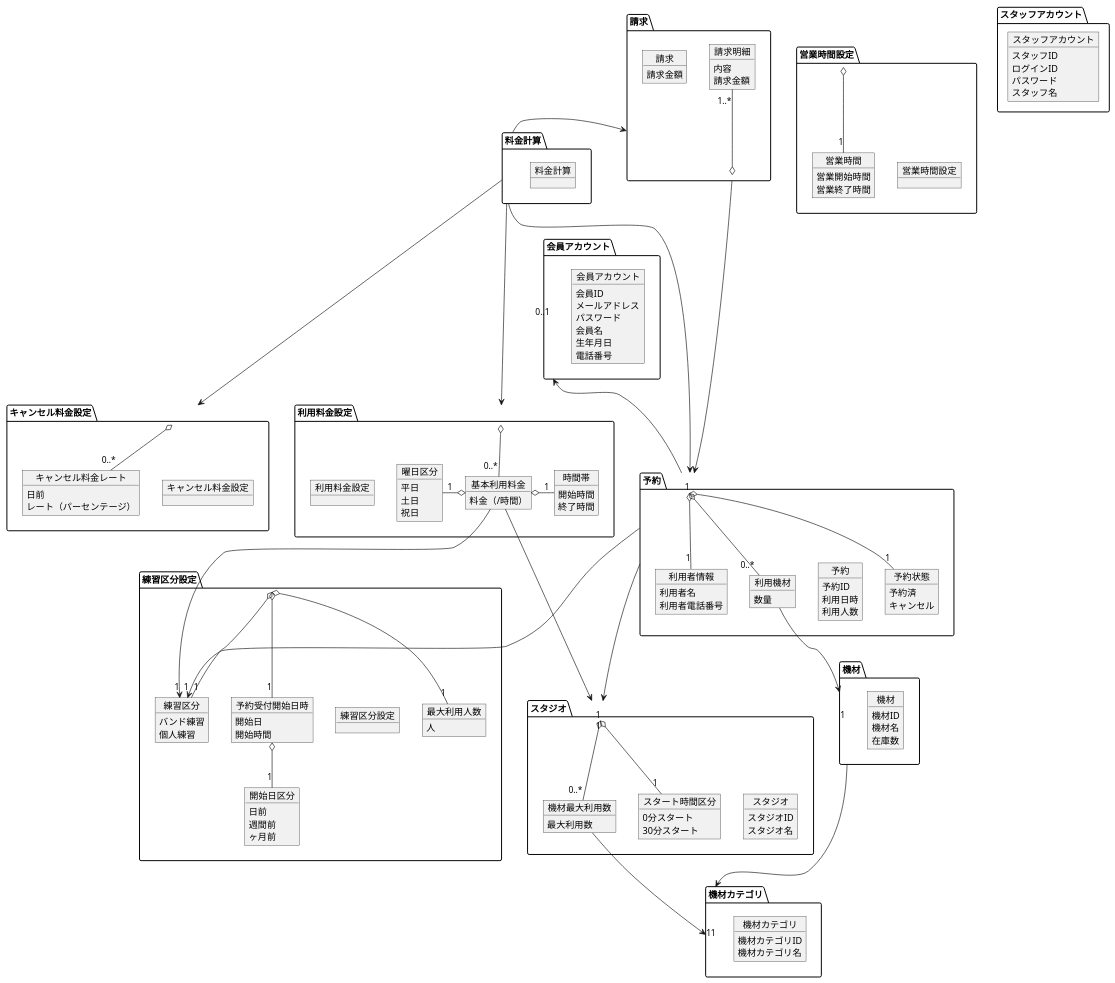
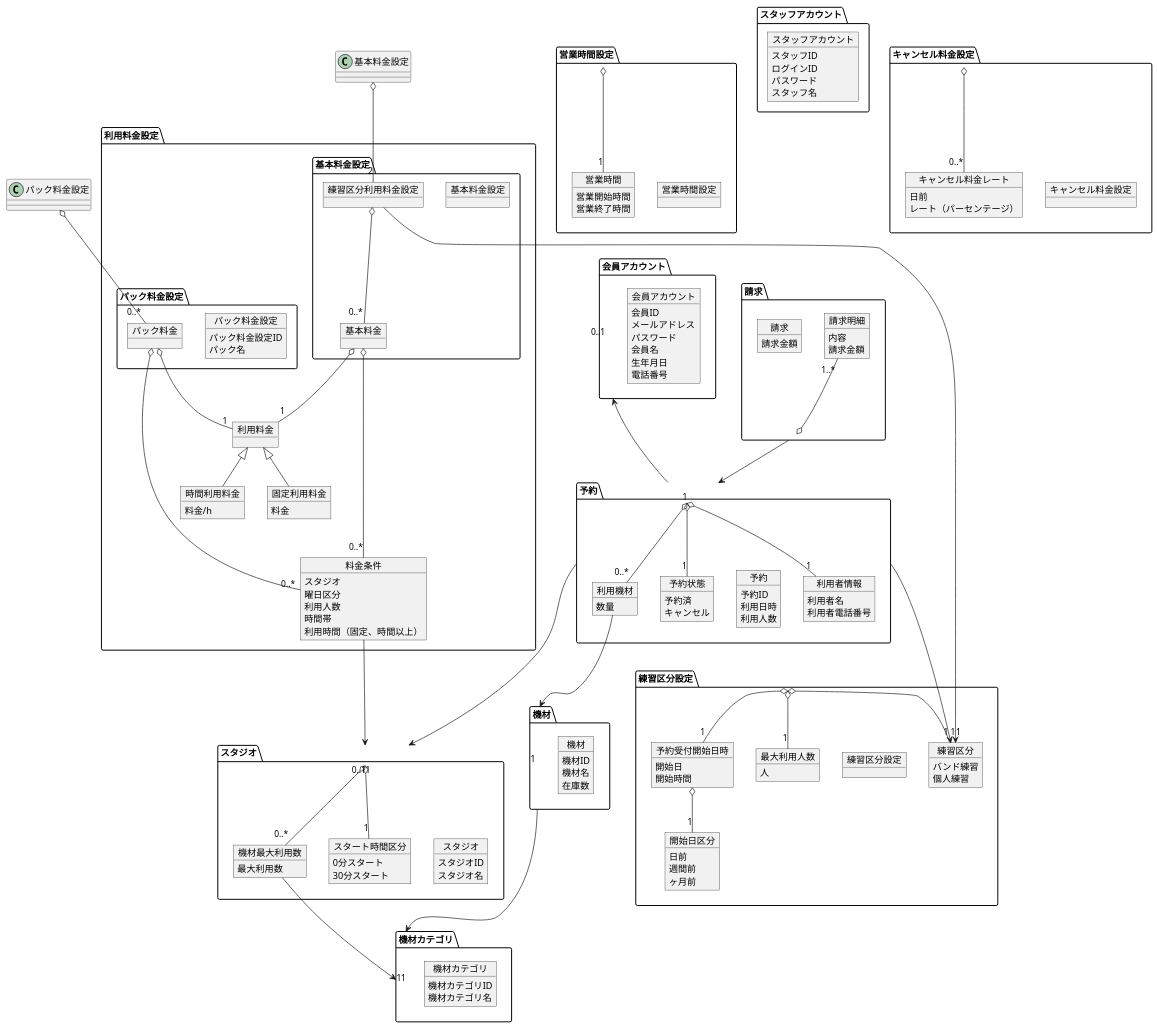
The diagram in modeling/07_DomainModel.pu (TakashiOnawa/ddd-practice-studio-reservation), drawn with PlantUML before and after one commit. The commit also changed 48 other files, not shown here.

```diff
--- a/modeling/07_DomainModel.pu
+++ b/modeling/07_DomainModel.pu
@@ -78,16 +78,6 @@
     }
 }
 
-package キャンセル料金設定 {
-    object キャンセル料金設定 {
-    }
-
-    object キャンセル料金レート {
-        日前
-        レート（パーセンテージ）
-    }
-}
-
 package 営業時間設定 {
     object 営業時間設定 {
     }
@@ -119,27 +109,54 @@
 }
 
 package 利用料金設定 {
-    object 利用料金設定 {
+    package 基本料金設定 {
+        object 基本料金設定 {
+        }
+
+        object 練習区分利用料金設定 {
+        }
+
+        object 基本料金 {
+        }
     }
 
-    object 基本利用料金 {
-        料金（/時間）
+    package パック料金設定 {
+        object パック料金設定 {
+            パック料金設定ID
+            パック名
+        }
+
+        object パック料金 {
+        }
     }
 
-    object 曜日区分 {
-        平日
-        土日
-        祝日
+    object 利用料金 {
     }
 
-    object 時間帯 {
-        開始時間
-        終了時間
+    object 時間利用料金 {
+        料金/h
+    }
+
+    object 固定利用料金 {
+        料金
+    }
+    
+    object 料金条件 {
+        スタジオ
+        曜日区分
+        利用人数
+        時間帯
+        利用時間（固定、時間以上）
     }
 }
 
-package 料金計算 {
-    object 料金計算 {
+package キャンセル料金設定 {
+    object キャンセル料金設定 {
+    }
+
+    object キャンセル料金レート {
+        日前
+        レート（パーセンテージ）
     }
 }
 
@@ -154,14 +171,14 @@
     }
 }
 
-予約 ---> "1" スタジオ
 予約 o-- "0..*" 利用機材
 予約 o-right- "1" 利用者情報
 予約 o-- "1" 予約状態
-予約 ---> "1" 練習区分
+予約 ----> "1" スタジオ
+予約 ----> "1" 練習区分
 予約 -up--> "0..1" 会員アカウント
 
-利用機材 --> "1" 機材
+利用機材 ---> "1" 機材
 
 スタジオ o-- "1" スタート時間区分
 スタジオ o-- "0..*" 機材最大利用数
@@ -179,17 +196,22 @@
 
 キャンセル料金設定 o-- "0..*" キャンセル料金レート
 
-利用料金設定 o-- "0..*" 基本利用料金
-基本利用料金 ---> "1" 練習区分
-基本利用料金 ---> "1" スタジオ
-基本利用料金 o-left- "1" 曜日区分
-基本利用料金 o-right- "1" 時間帯
+基本料金設定 o-- "2" 練習区分利用料金設定
+練習区分利用料金設定 o-- "0..*" 基本料金
+練習区分利用料金設定 --> "1" 練習区分
+基本料金 o-- "1" 利用料金
+基本料金 o---- "0..*" 料金条件
+
+パック料金設定 o-- "0..*" パック料金
+パック料金 o-- "1" 利用料金
+パック料金 o---- "0..*" 料金条件
+
+利用料金 <|-- 時間利用料金
+利用料金 <|-- 固定利用料金
+
+料金条件 ---> "0..1" スタジオ
 
 請求 o-up- "1..*" 請求明細
-請求 ---> "1" 予約
-料金計算 -left-> 請求
-料金計算 ---> 予約
-料金計算 ---> 利用料金設定
-料金計算 ---> キャンセル料金設定
+請求 --> "1" 予約
 
 @enduml
```
